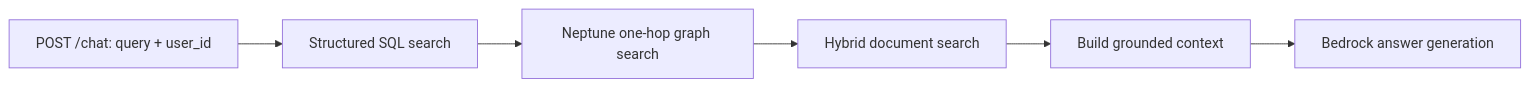
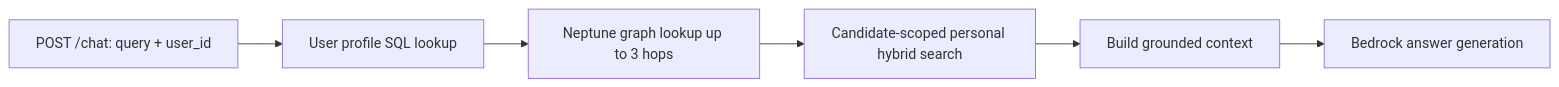
Before and after one commit to Cynthia1211/CAAI-POC: the diagram in README.md, drawn with Mermaid. The commit also changed other lines of this file and 22 other files, not shown here.

Commit message:
refactor: LangGraph and each path flow

````diff
--- a/README.md
+++ b/README.md
@@ -7,8 +7,8 @@
 ```mermaid
 flowchart LR
-    A[POST /chat: query + user_id] --> B[Structured SQL search]
-    B --> C[Neptune one-hop graph search]
-    C --> D[Hybrid document search]
+    A[POST /chat: query + user_id] --> B[User profile SQL lookup]
+    B --> C[Neptune graph lookup up to 3 hops]
+    C --> D[Candidate-scoped personal hybrid search]
     D --> E[Build grounded context]
     E --> F[Bedrock answer generation]
 ```
````
